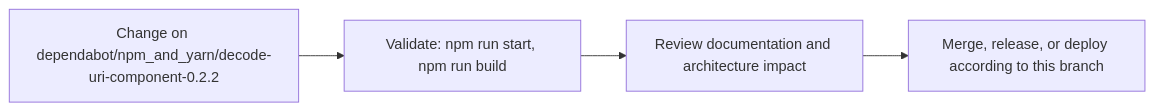
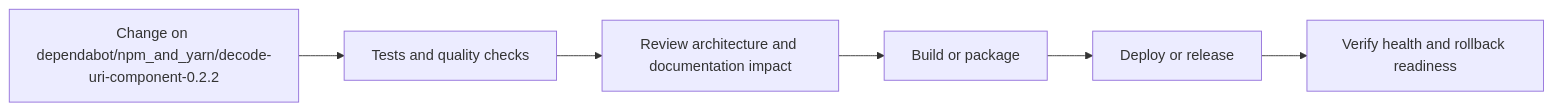
Before and after one commit to Nischhalsubba/Personal-Website: the fourth of 5 diagrams in README.md, drawn with Mermaid. The commit also changed other lines of this file, not shown here.

````diff
--- a/README.md
+++ b/README.md
@@ -62,8 +134,8 @@
 ```mermaid
 flowchart LR
-    CHANGE["Change on dependabot/npm_and_yarn/decode-uri-component-0.2.2"]
-    CHECK["Validate: npm run start, npm run build"]
-    REVIEW["Review documentation and architecture impact"]
-    RELEASE["Merge, release, or deploy according to this branch"]
-    CHANGE --> CHECK --> REVIEW --> RELEASE
+    CHANGE["Change on dependabot/npm_and_yarn/decode-uri-component-0.2.2"] --> CHECK["Tests and quality checks"]
+    CHECK --> REVIEW["Review architecture and documentation impact"]
+    REVIEW --> BUILD["Build or package"]
+    BUILD --> DEPLOY["Deploy or release"]
+    DEPLOY --> VERIFY["Verify health and rollback readiness"]
 ```
````
